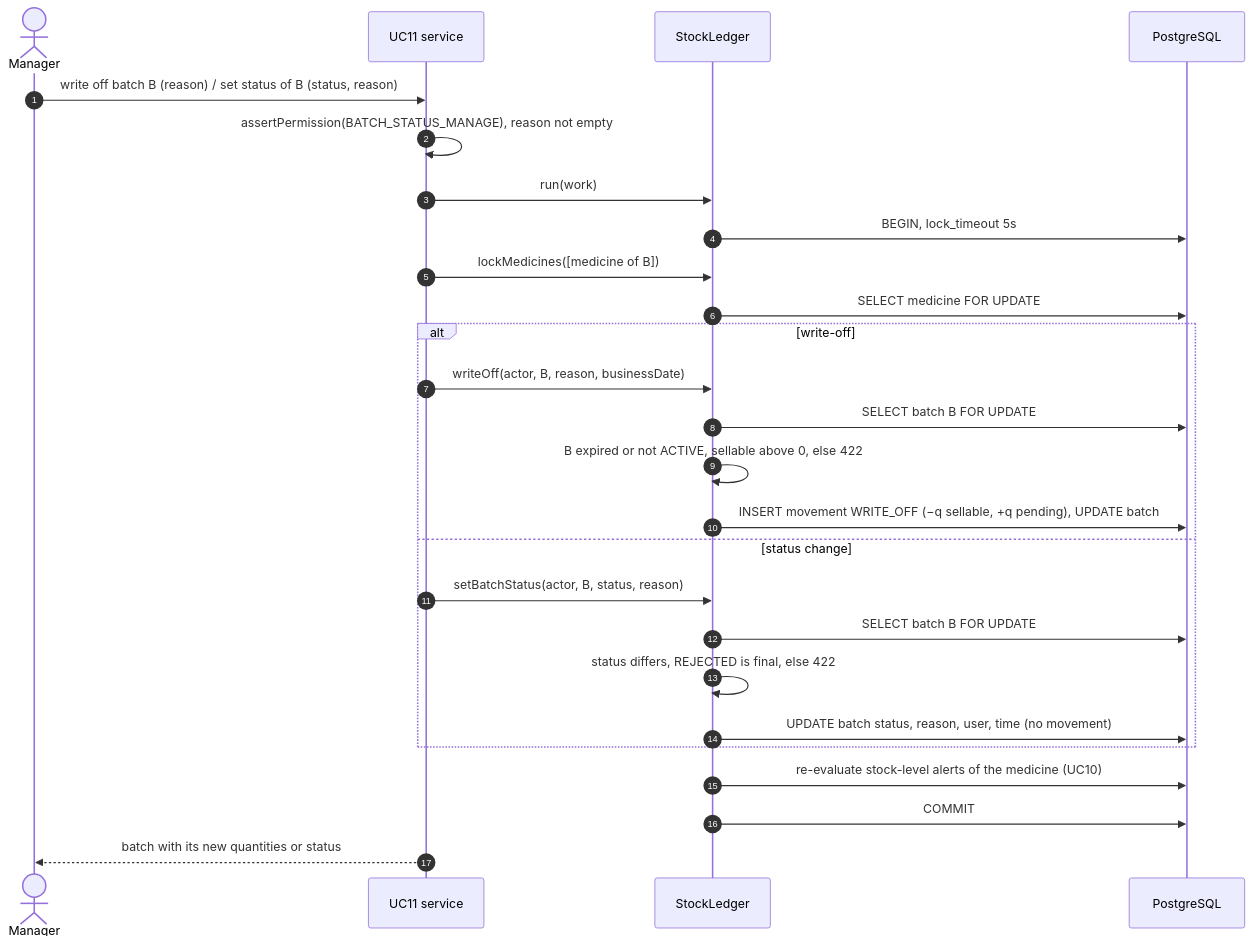
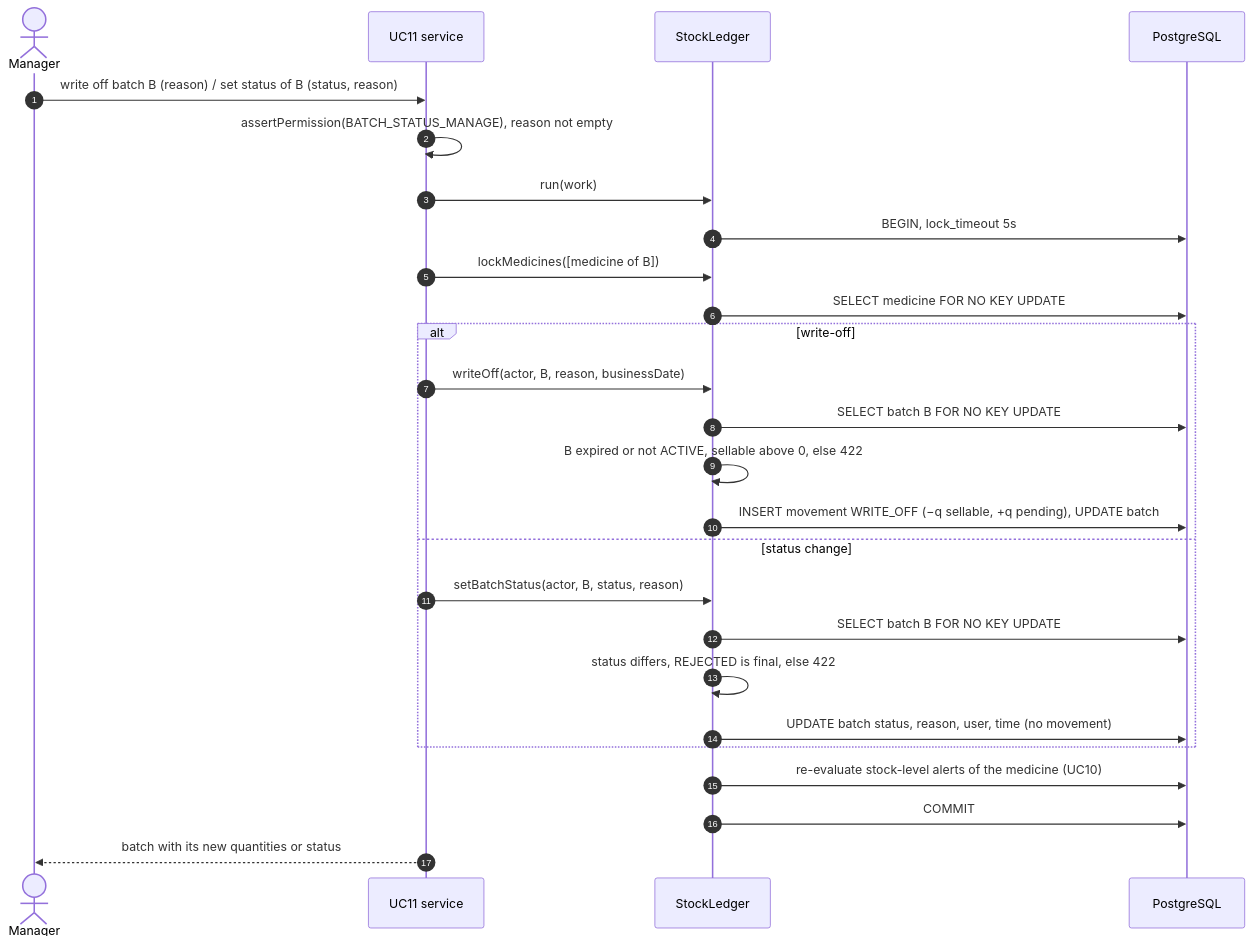
One commit to NeitLN/261_72ITSE41704_2474802010391_PharmacyStock changed the diagram in docs/design/stock-ledger.md. Above: the diagram before and after it, drawn with Mermaid. The commit also changed other lines of this file and 18 other files, not shown here.

````diff
--- a/docs/design/stock-ledger.md
+++ b/docs/design/stock-ledger.md
@@ -105,29 +105,29 @@
 ```mermaid
 sequenceDiagram
     autonumber
     actor M as Manager
     participant S as UC11 service
     participant L as StockLedger
     participant DB as PostgreSQL
 
     M->>S: write off batch B (reason) / set status of B (status, reason)
     S->>S: assertPermission(BATCH_STATUS_MANAGE), reason not empty
     S->>L: run(work)
     L->>DB: BEGIN, lock_timeout 5s
     S->>L: lockMedicines([medicine of B])
-    L->>DB: SELECT medicine FOR UPDATE
+    L->>DB: SELECT medicine FOR NO KEY UPDATE
     alt write-off
         S->>L: writeOff(actor, B, reason, businessDate)
-        L->>DB: SELECT batch B FOR UPDATE
+        L->>DB: SELECT batch B FOR NO KEY UPDATE
         L->>L: B expired or not ACTIVE, sellable above 0, else 422
         L->>DB: INSERT movement WRITE_OFF (−q sellable, +q pending), UPDATE batch
     else status change
         S->>L: setBatchStatus(actor, B, status, reason)
-        L->>DB: SELECT batch B FOR UPDATE
+        L->>DB: SELECT batch B FOR NO KEY UPDATE
         L->>L: status differs, REJECTED is final, else 422
         L->>DB: UPDATE batch status, reason, user, time (no movement)
     end
     L->>DB: re-evaluate stock-level alerts of the medicine (UC10)
     L->>DB: COMMIT
     S-->>M: batch with its new quantities or status
 ```
````
